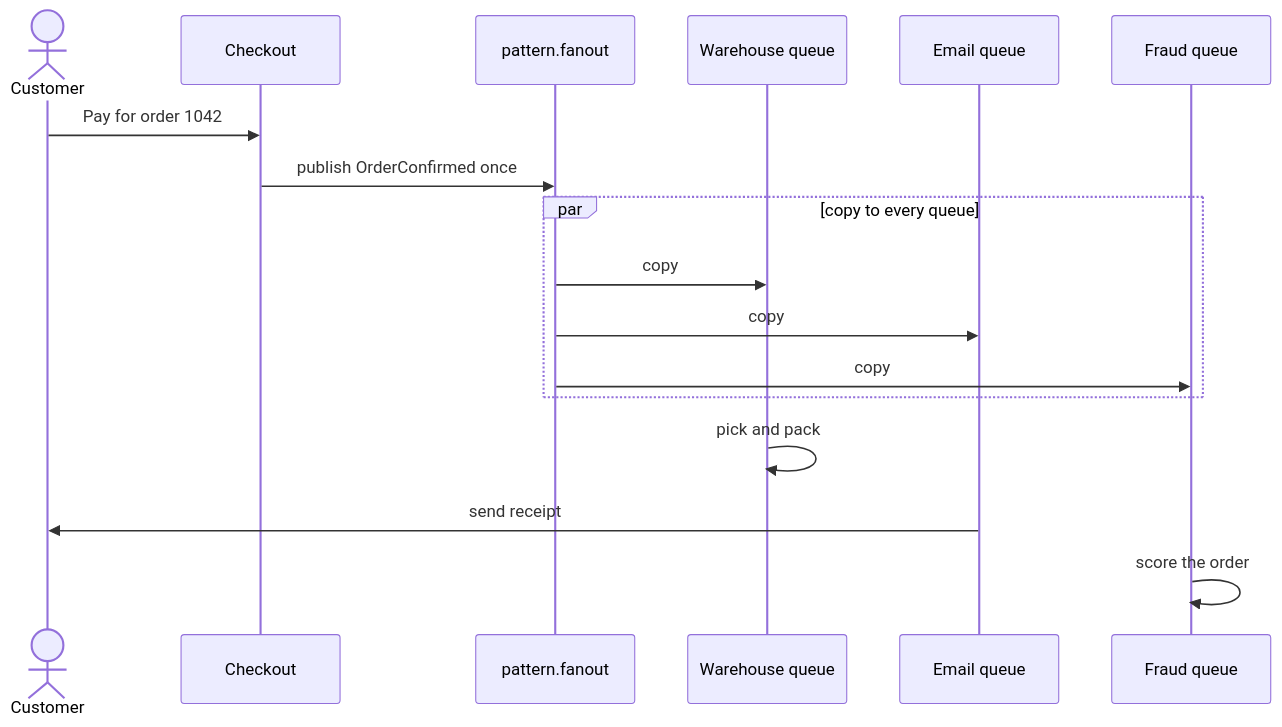
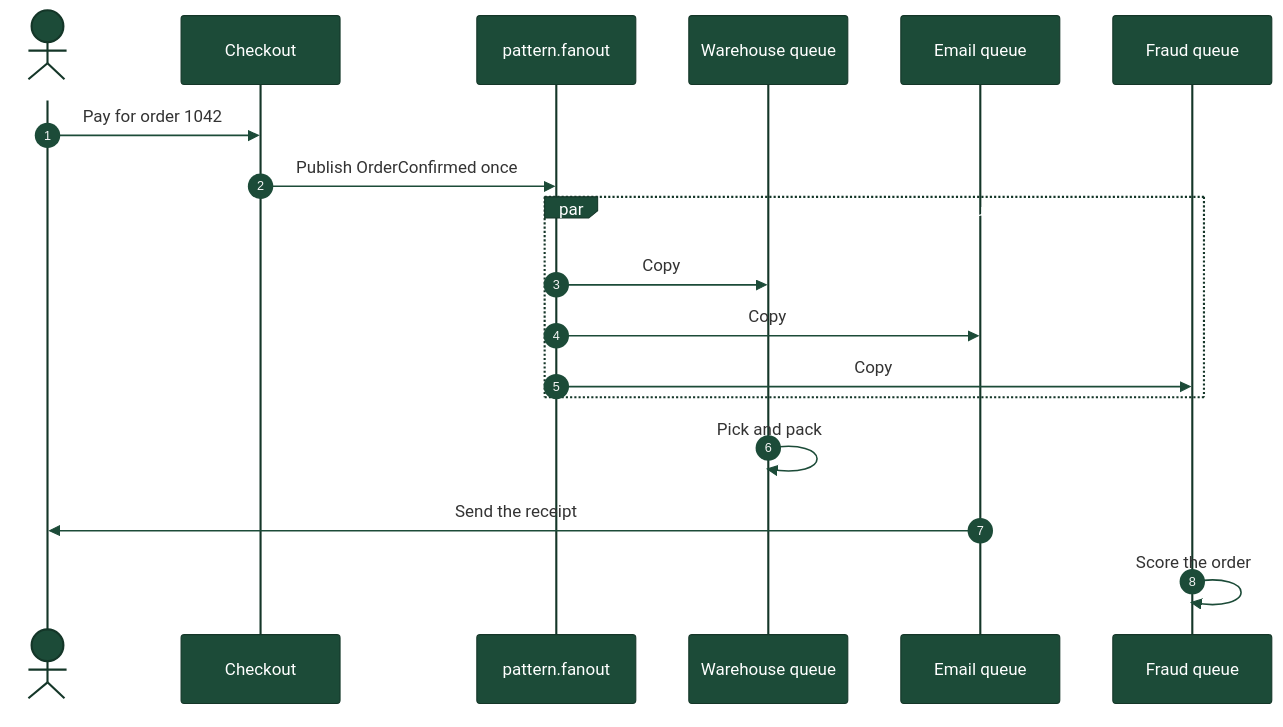
Before and after one commit to omeraltan/simple-rabbitmq-and-springboot-project: the fourth of 8 diagrams in README.md, drawn with Mermaid. The commit also changed other lines of this file, not shown here.

````diff
--- a/README.md
+++ b/README.md
@@ -94,20 +122,22 @@
 ```mermaid
+%%{init: {'theme':'base','themeVariables': {'fontFamily':'ui-sans-serif, system-ui, sans-serif','actorBkg':'#1c4b38','actorTextColor':'#ffffff','actorBorder':'#143628','signalColor':'#1c4b38','noteBkgColor':'#e7f0eb','noteBorderColor':'#1c4b38'}}}%%
 sequenceDiagram
+    autonumber
     actor Customer
     participant Checkout
     participant Exchange as pattern.fanout
     participant Warehouse as Warehouse queue
     participant Mail as Email queue
     participant Fraud as Fraud queue
 
     Customer->>Checkout: Pay for order 1042
-    Checkout->>Exchange: publish OrderConfirmed once
-    par copy to every queue
-        Exchange->>Warehouse: copy
-        Exchange->>Mail: copy
-        Exchange->>Fraud: copy
+    Checkout->>Exchange: Publish OrderConfirmed once
+    par One copy on each queue
+        Exchange->>Warehouse: Copy
+        Exchange->>Mail: Copy
+        Exchange->>Fraud: Copy
     end
-    Warehouse->>Warehouse: pick and pack
-    Mail->>Customer: send receipt
-    Fraud->>Fraud: score the order
+    Warehouse->>Warehouse: Pick and pack
+    Mail->>Customer: Send the receipt
+    Fraud->>Fraud: Score the order
 ```
````
